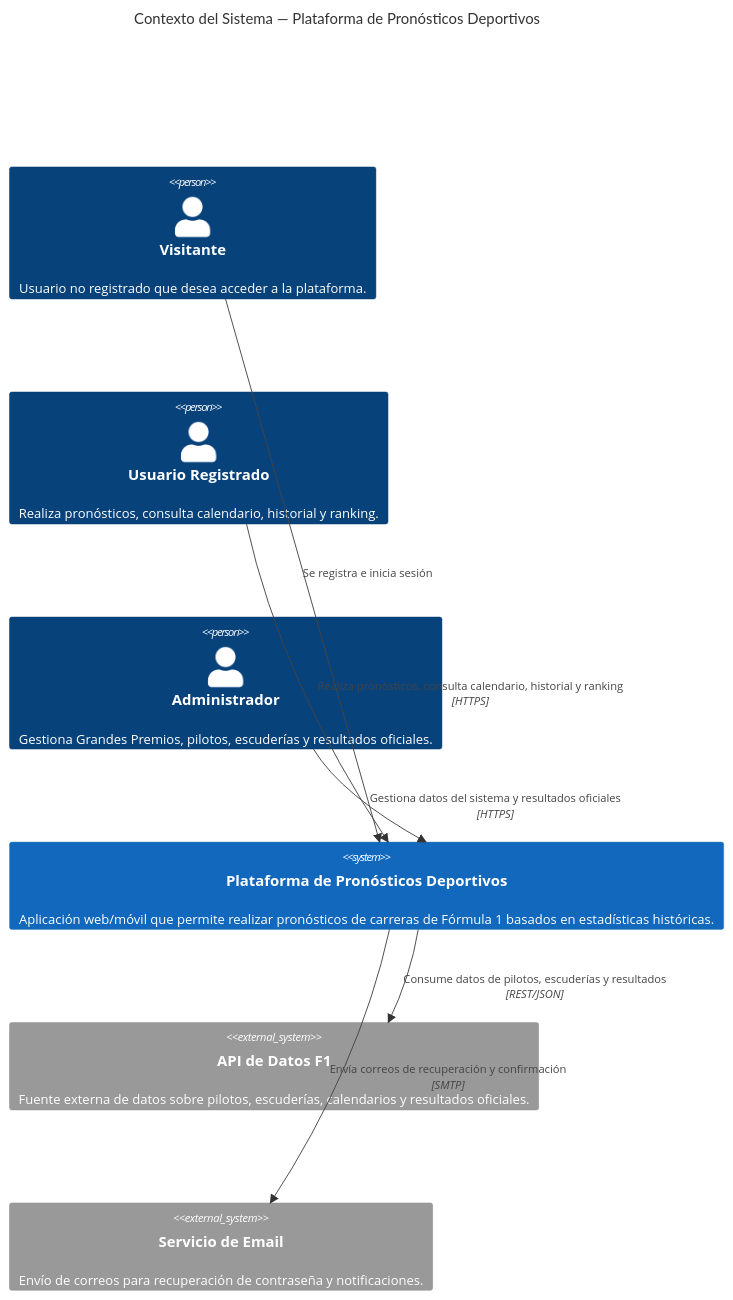
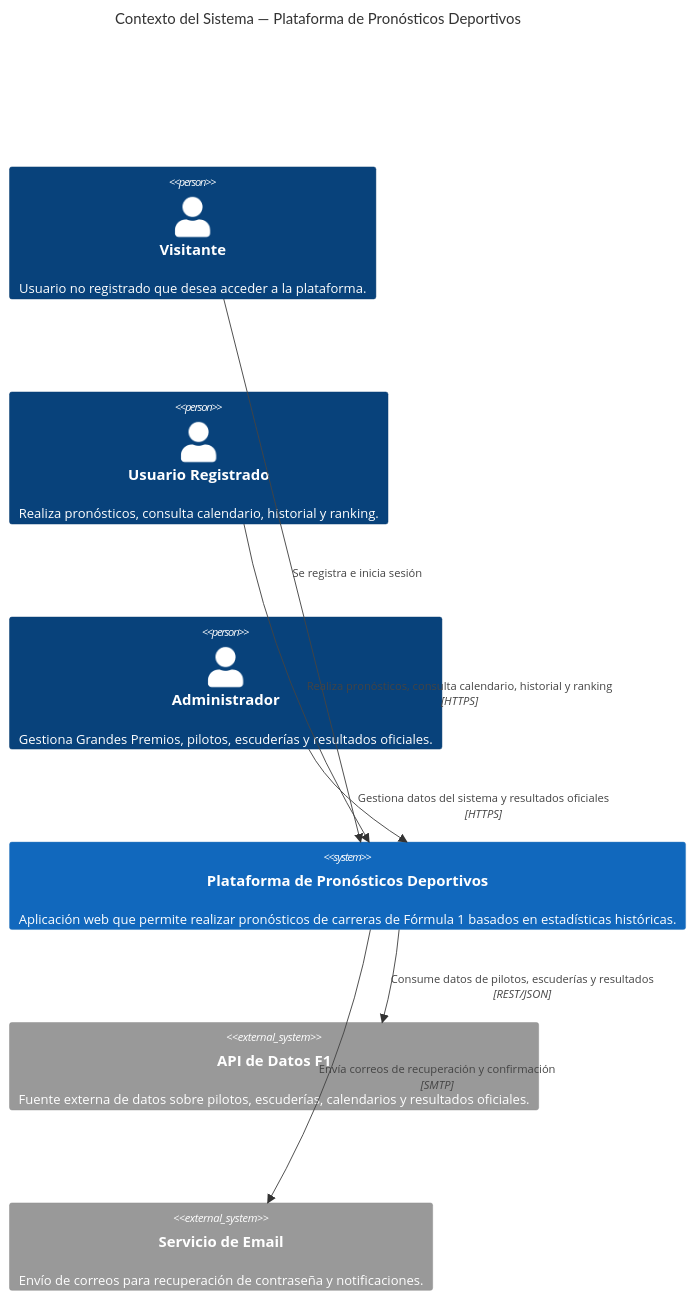
The first of 2 diagrams in README.md (Xmarcelo05/PROYECTO-F1), drawn with Mermaid before and after one commit. The commit also changed other lines of this file, not shown here.

````diff
--- a/README.md
+++ b/README.md
@@ -9,19 +8,19 @@
 ```mermaid
 C4Context
     title Contexto del Sistema — Plataforma de Pronósticos Deportivos
 
     Person(visitante, "Visitante", "Usuario no registrado que desea acceder a la plataforma.")
     Person(usuario, "Usuario Registrado", "Realiza pronósticos, consulta calendario, historial y ranking.")
     Person(admin, "Administrador", "Gestiona Grandes Premios, pilotos, escuderías y resultados oficiales.")
 
-    System(plataforma, "Plataforma de Pronósticos Deportivos", "Aplicación web/móvil que permite realizar pronósticos de carreras de Fórmula 1 basados en estadísticas históricas.")
+    System(plataforma, "Plataforma de Pronósticos Deportivos", "Aplicación web que permite realizar pronósticos de carreras de Fórmula 1 basados en estadísticas históricas.")
 
     System_Ext(f1api, "API de Datos F1", "Fuente externa de datos sobre pilotos, escuderías, calendarios y resultados oficiales.")
     System_Ext(email, "Servicio de Email", "Envío de correos para recuperación de contraseña y notificaciones.")
 
     Rel(visitante, plataforma, "Se registra e inicia sesión")
     Rel(usuario, plataforma, "Realiza pronósticos, consulta calendario, historial y ranking", "HTTPS")
     Rel(admin, plataforma, "Gestiona datos del sistema y resultados oficiales", "HTTPS")
     Rel(plataforma, f1api, "Consume datos de pilotos, escuderías y resultados", "REST/JSON")
     Rel(plataforma, email, "Envía correos de recuperación y confirmación", "SMTP")
 ```
````
